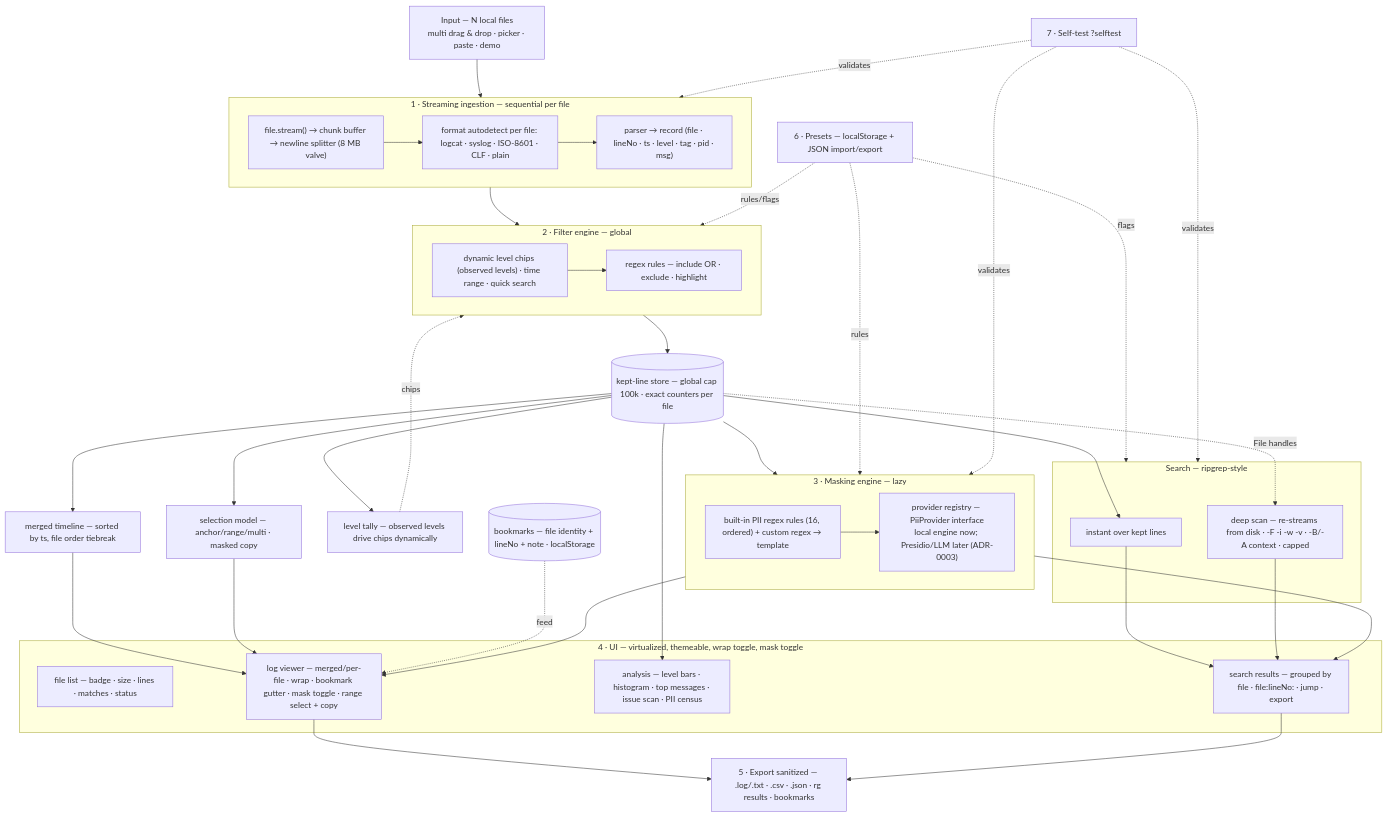
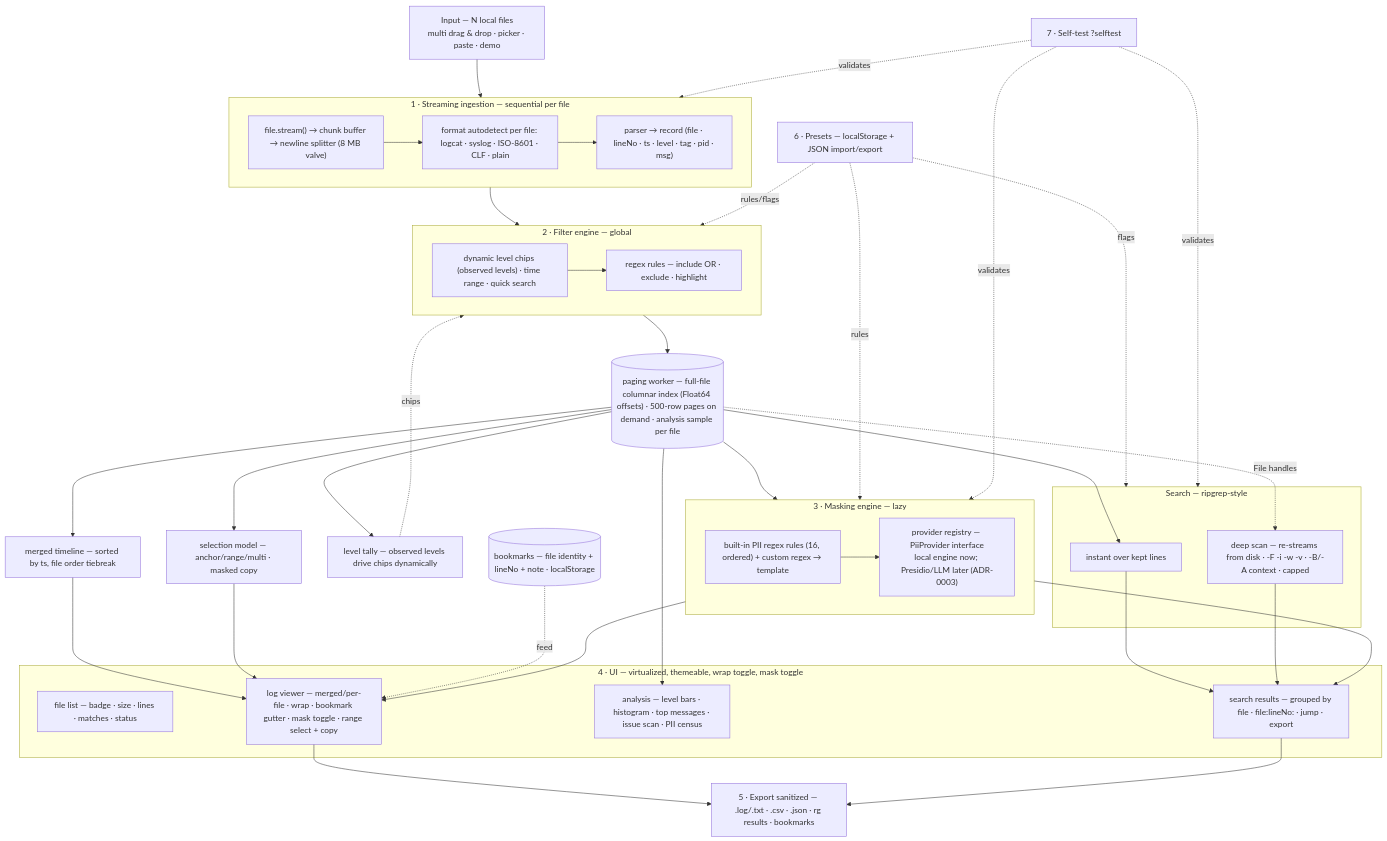
The diagram in docs/architecture.md (CJ-1981/log-triage), drawn with Mermaid before and after one commit. The commit also changed other lines of this file and 18 other files, not shown here.

Commit message:
feat: full-file paging viewer for multi-GB logs

````diff
--- a/docs/architecture.md
+++ b/docs/architecture.md
@@ -5,58 +5,58 @@
 ```mermaid
 flowchart TD
     IN["Input — N local files<br>multi drag & drop · picker · paste · demo"]
     subgraph S1["1 · Streaming ingestion — sequential per file"]
         A1["file.stream() → chunk buffer → newline splitter (8 MB valve)"]
         A2["format autodetect per file: logcat · syslog · ISO-8601 · CLF · plain"]
         A3["parser → record (file · lineNo · ts · level · tag · pid · msg)"]
         A1 --> A2 --> A3
     end
     subgraph S2["2 · Filter engine — global"]
         B1["dynamic level chips (observed levels) · time range · quick search"]
         B2["regex rules — include OR · exclude · highlight"]
         B1 --> B2
     end
-    STORE[("kept-line store — global cap 100k · exact counters per file")]
+    STORE[("paging worker — full-file columnar index (Float64 offsets) · 500-row pages on demand · analysis sample per file")]
     LV["level tally — observed levels drive chips dynamically"]
     MERGE["merged timeline — sorted by ts, file order tiebreak"]
     subgraph S3["3 · Masking engine — lazy"]
         C1["built-in PII regex rules (16, ordered) + custom regex → template"]
         C2["provider registry — PiiProvider interface<br>local engine now; Presidio/LLM later (ADR-0003)"]
         C1 --> C2
     end
     subgraph SR["Search — ripgrep-style"]
         R1["instant over kept lines"]
         R2["deep scan — re-streams from disk · -F -i -w -v · -B/-A context · capped"]
     end
     BM[("bookmarks — file identity + lineNo + note · localStorage")]
     SEL["selection model — anchor/range/multi · masked copy"]
     subgraph S4["4 · UI — virtualized, themeable, wrap toggle, mask toggle"]
         D0["file list — badge · size · lines · matches · status"]
         D1["log viewer — merged/per-file · wrap · bookmark gutter · mask toggle · range select + copy"]
         D2["analysis — level bars · histogram · top messages · issue scan · PII census"]
         D5["search results — grouped by file · file:lineNo: · jump · export"]
     end
     E1["5 · Export sanitized — .log/.txt · .csv · .json · rg results · bookmarks"]
     P["6 · Presets — localStorage + JSON import/export"]
     T["7 · Self-test ?selftest"]
     IN --> S1 --> S2 --> STORE
     STORE --> LV -. chips .-> S2
     STORE --> MERGE --> D1
     STORE --> S3 --> D1
     STORE --> SEL --> D1
     STORE --> R1
     STORE -. File handles .-> R2
     BM -. feed .-> D1
     S3 --> D5
     R1 --> D5
     R2 --> D5
     STORE --> D2
     D1 --> E1
     D5 --> E1
     P -. rules/flags .-> S2
     P -. rules .-> S3
     P -. flags .-> SR
     T -. validates .-> S1
     T -. validates .-> S3
     T -. validates .-> SR
 ```
````
